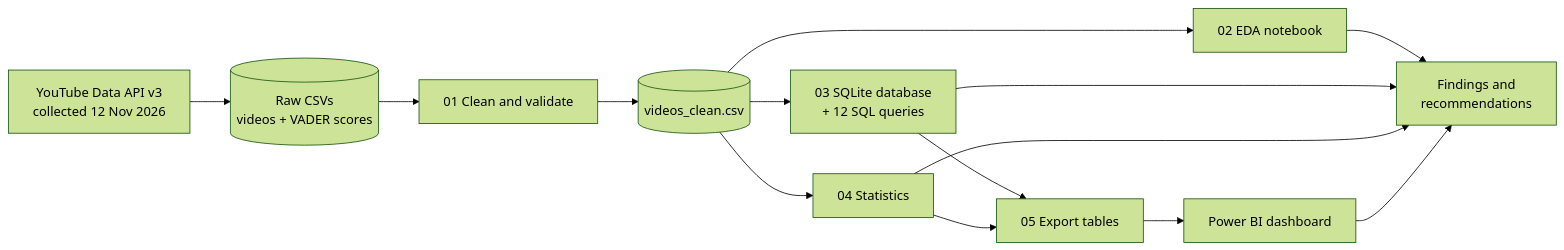
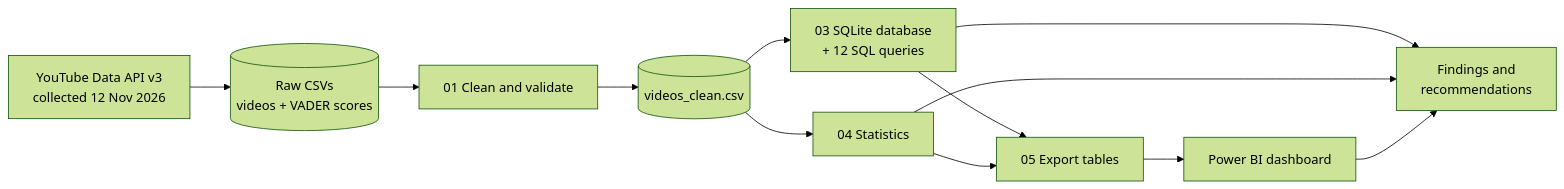
One commit to yuvrajnegii/news-headline-sentiment changed the diagram in docs/architecture.md. Above: the diagram before and after it, drawn with Mermaid (forest theme). The commit also changed other lines of this file, not shown here.

First line of the commit message:
Revise architecture documentation for data processing

````diff
--- a/docs/architecture.md
+++ b/docs/architecture.md
@@ -3,16 +3,14 @@
 ```mermaid
 flowchart LR
     A["YouTube Data API v3<br/>collected 12 Nov 2026"] --> B[("Raw CSVs<br/>videos + VADER scores")]
     B --> C["01 Clean and validate"]
     C --> D[("videos_clean.csv")]
-    D --> E["02 EDA notebook"]
     D --> F["03 SQLite database<br/>+ 12 SQL queries"]
     D --> G["04 Statistics"]
     F --> H["05 Export tables"]
     G --> H
     H --> I["Power BI dashboard"]
-    E --> J["Findings and<br/>recommendations"]
-    F --> J
+    F --> J["Findings and<br/>recommendations"]
     G --> J
     I --> J
 ```
````
